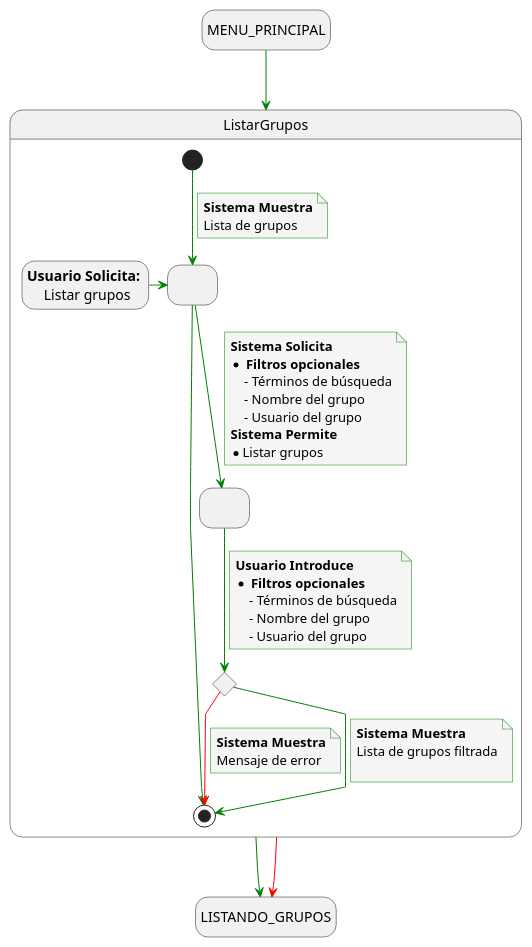
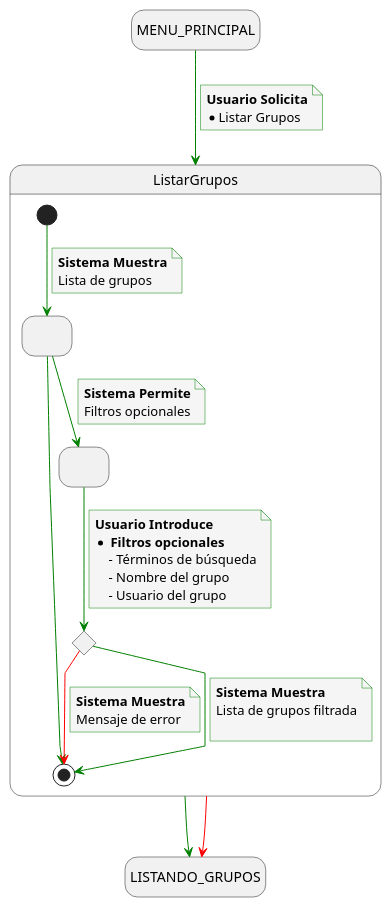
One commit to mmasias/24-25-IdSw1-SDR changed the diagram in docs/casosDeUso/detalladoCasosDeUso/detalladoGrupos/detalladoListarGrupos.puml. Above: the diagram before and after it, drawn with PlantUML. The commit also changed 7 other files, not shown here.

```diff
--- a/docs/casosDeUso/detalladoCasosDeUso/detalladoGrupos/detalladoListarGrupos.puml
+++ b/docs/casosDeUso/detalladoCasosDeUso/detalladoGrupos/detalladoListarGrupos.puml
@@ -1,67 +1,63 @@
 @startuml
 skinparam {
     NoteBackgroundColor #whiteSmoke
     ArrowColor #green
     NoteBorderColor #green
     linetype polyline
 }
 
 hide empty description
 
 state startState as "MENU_PRINCIPAL"
 state endState as "LISTANDO_GRUPOS"
 
 startState --> ListarGrupos
+note on link
+    <b>Usuario Solicita</b>
+    * Listar Grupos
+end note
 
 ListarGrupos --> endState
 ListarGrupos -[#red]-> endState
 
 state ListarGrupos {
     state solicitudFiltros as " "
     state envioFiltros as " "
     state revisionFiltrosEnviados <<choice>>
-    state usuarioSolicita as "<b>Usuario Solicita:</b> \n Listar grupos"
-
-    usuarioSolicita -> solicitudFiltros
     [*] --> solicitudFiltros
     note on link
         <b>Sistema Muestra</b>
         Lista de grupos
     end note
 
     solicitudFiltros -r-> [*]
 
     solicitudFiltros --> envioFiltros
     note on link
-        <b>Sistema Solicita</b>
-        * <b> Filtros opcionales </b>
-            - Términos de búsqueda
-            - Nombre del grupo
-            - Usuario del grupo
         <b>Sistema Permite</b>
-        * Listar grupos
+        Filtros opcionales
     end note
 
     envioFiltros --> revisionFiltrosEnviados
     note on link
         <b>Usuario Introduce</b>
         * <b> Filtros opcionales </b>
             - Términos de búsqueda
             - Nombre del grupo
             - Usuario del grupo
     end note
 
     revisionFiltrosEnviados -[#red]-> [*]
     note on link
         <b>Sistema Muestra</b>
         Mensaje de error
     end note
 
     revisionFiltrosEnviados --> [*]
     note on link
         <b>Sistema Muestra</b>
         Lista de grupos filtrada
 
     end note
 }
 @enduml
```
